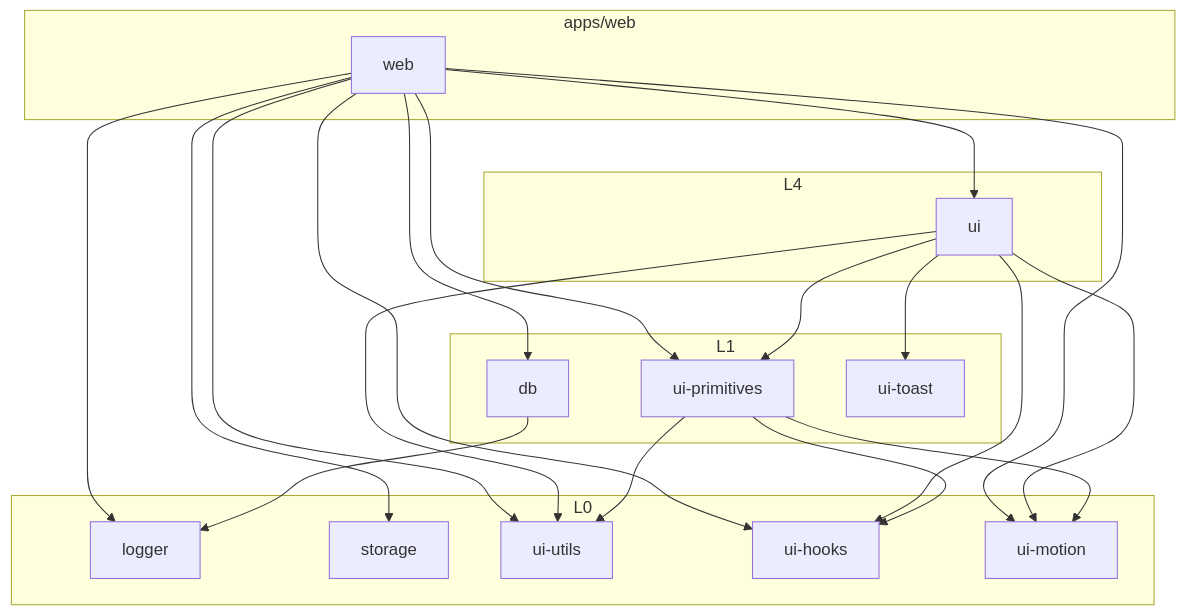
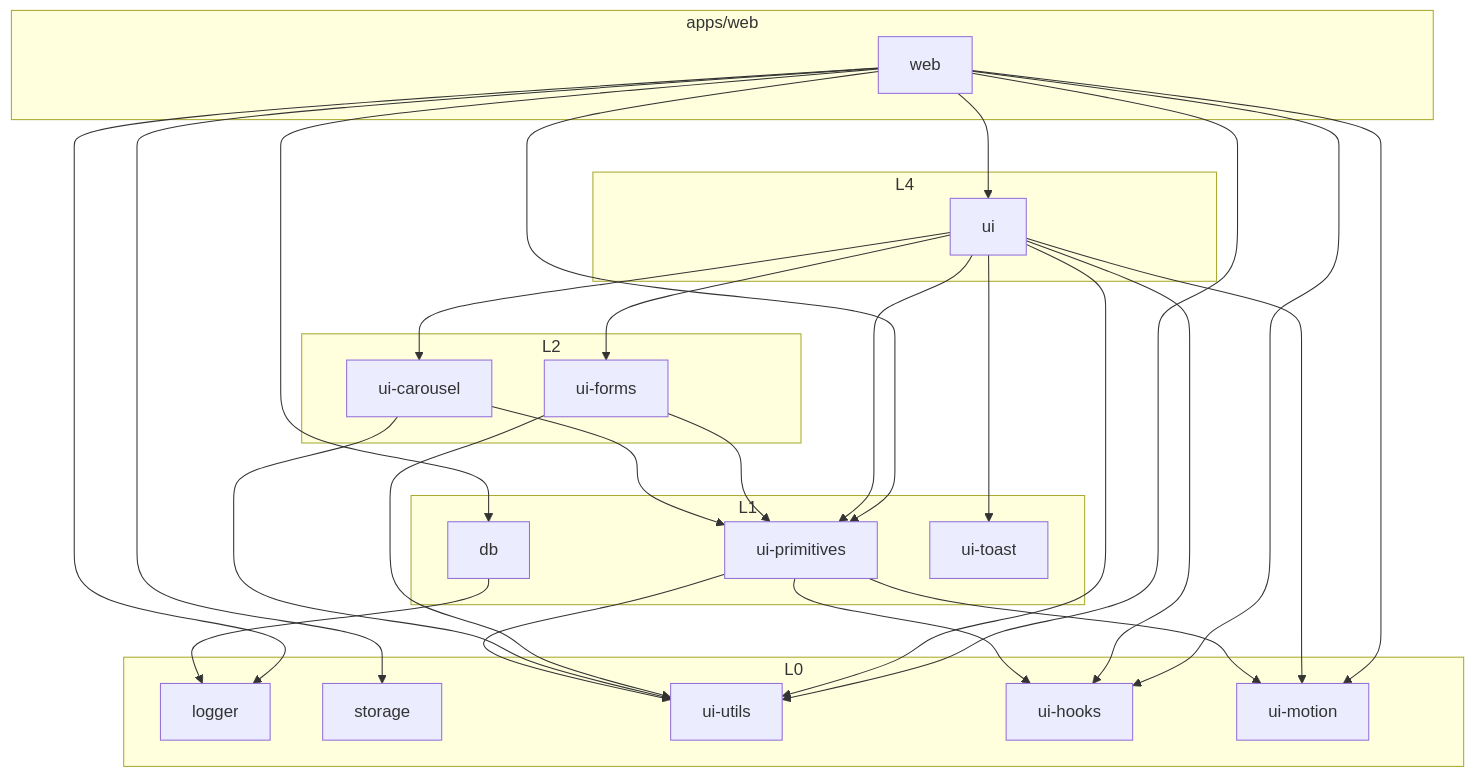
One commit to lthphuw/byte-of-me changed the third of 9 diagrams in docs/architecture.md. Above: the diagram before and after it, drawn with Mermaid. The commit also changed other lines of this file and 34 other files, not shown here.

````diff
--- a/docs/architecture.md
+++ b/docs/architecture.md
@@ -154,39 +162,49 @@
 ```mermaid
 flowchart TB
     subgraph APP["apps/web"]
         WEB["web"]
     end
     subgraph L4["L4"]
         UI["ui"]
+    end
+    subgraph L2["L2"]
+        FORMS["ui-forms"]
+        CAROUSEL["ui-carousel"]
     end
     subgraph L1["L1"]
         DB["db"]
         PRIMS["ui-primitives"]
         TOAST["ui-toast"]
     end
     subgraph L0["L0"]
         LOG["logger"]
         ST["storage"]
         UTILS["ui-utils"]
         HOOKS["ui-hooks"]
         MOTION["ui-motion"]
     end
 
     WEB --> UI
     WEB --> DB
     WEB --> ST
     WEB --> LOG
     WEB --> UTILS
     WEB --> HOOKS
     WEB --> MOTION
     WEB --> PRIMS
     UI --> UTILS
     UI --> HOOKS
     UI --> MOTION
     UI --> PRIMS
     UI --> TOAST
+    UI --> FORMS
+    UI --> CAROUSEL
+    FORMS --> PRIMS
+    FORMS --> UTILS
+    CAROUSEL --> PRIMS
+    CAROUSEL --> UTILS
     PRIMS --> UTILS
     PRIMS --> HOOKS
     PRIMS --> MOTION
     DB --> LOG
 ```
````
